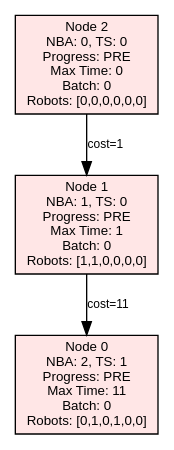
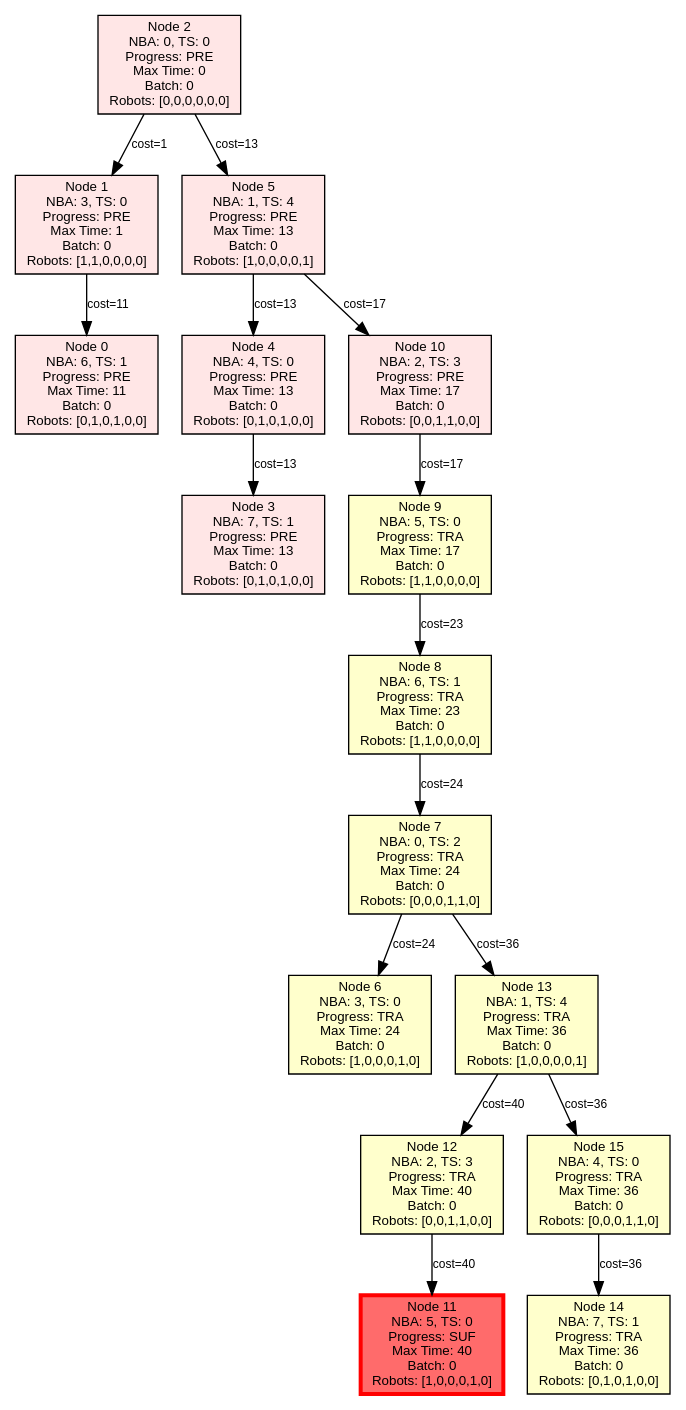
One commit to jrourke48/HMRTA_TS_GENERATION changed the diagram in Task Batch Planning Decision Tree/output/infinite_test_1_tree.dot. Above: the diagram before and after it, drawn with Graphviz. The commit also changed 39 other files, not shown here.

```diff
--- a/Task Batch Planning Decision Tree/output/infinite_test_1_tree.dot
+++ b/Task Batch Planning Decision Tree/output/infinite_test_1_tree.dot
@@ -1,12 +1,38 @@
 digraph PlanningTree {
   rankdir=TB;
   node [shape=box, style=filled, fontname=Arial, fontsize=10];
   edge [fontname=Arial, fontsize=9];
 
-  node_0 [label="Node 0\nNBA: 2, TS: 1\nProgress: PRE\nMax Time: 11\nBatch: 0\nRobots: [0,1,0,1,0,0]", fillcolor="#FFE6E6"];
-  node_1 [label="Node 1\nNBA: 1, TS: 0\nProgress: PRE\nMax Time: 1\nBatch: 0\nRobots: [1,1,0,0,0,0]", fillcolor="#FFE6E6"];
+  node_0 [label="Node 0\nNBA: 6, TS: 1\nProgress: PRE\nMax Time: 11\nBatch: 0\nRobots: [0,1,0,1,0,0]", fillcolor="#FFE6E6"];
+  node_1 [label="Node 1\nNBA: 3, TS: 0\nProgress: PRE\nMax Time: 1\nBatch: 0\nRobots: [1,1,0,0,0,0]", fillcolor="#FFE6E6"];
   node_2 [label="Node 2\nNBA: 0, TS: 0\nProgress: PRE\nMax Time: 0\nBatch: 0\nRobots: [0,0,0,0,0,0]", fillcolor="#FFE6E6"];
+  node_3 [label="Node 3\nNBA: 7, TS: 1\nProgress: PRE\nMax Time: 13\nBatch: 0\nRobots: [0,1,0,1,0,0]", fillcolor="#FFE6E6"];
+  node_4 [label="Node 4\nNBA: 4, TS: 0\nProgress: PRE\nMax Time: 13\nBatch: 0\nRobots: [0,1,0,1,0,0]", fillcolor="#FFE6E6"];
+  node_5 [label="Node 5\nNBA: 1, TS: 4\nProgress: PRE\nMax Time: 13\nBatch: 0\nRobots: [1,0,0,0,0,1]", fillcolor="#FFE6E6"];
+  node_6 [label="Node 6\nNBA: 3, TS: 0\nProgress: TRA\nMax Time: 24\nBatch: 0\nRobots: [1,0,0,0,1,0]", fillcolor="#FFFFCC"];
+  node_7 [label="Node 7\nNBA: 0, TS: 2\nProgress: TRA\nMax Time: 24\nBatch: 0\nRobots: [0,0,0,1,1,0]", fillcolor="#FFFFCC"];
+  node_8 [label="Node 8\nNBA: 6, TS: 1\nProgress: TRA\nMax Time: 23\nBatch: 0\nRobots: [1,1,0,0,0,0]", fillcolor="#FFFFCC"];
+  node_9 [label="Node 9\nNBA: 5, TS: 0\nProgress: TRA\nMax Time: 17\nBatch: 0\nRobots: [1,1,0,0,0,0]", fillcolor="#FFFFCC"];
+  node_10 [label="Node 10\nNBA: 2, TS: 3\nProgress: PRE\nMax Time: 17\nBatch: 0\nRobots: [0,0,1,1,0,0]", fillcolor="#FFE6E6"];
+  node_11 [label="Node 11\nNBA: 5, TS: 0\nProgress: SUF\nMax Time: 40\nBatch: 0\nRobots: [1,0,0,0,1,0]", fillcolor="#FF6B6B", penwidth=3, color=red];
+  node_12 [label="Node 12\nNBA: 2, TS: 3\nProgress: TRA\nMax Time: 40\nBatch: 0\nRobots: [0,0,1,1,0,0]", fillcolor="#FFFFCC"];
+  node_13 [label="Node 13\nNBA: 1, TS: 4\nProgress: TRA\nMax Time: 36\nBatch: 0\nRobots: [1,0,0,0,0,1]", fillcolor="#FFFFCC"];
+  node_14 [label="Node 14\nNBA: 7, TS: 1\nProgress: TRA\nMax Time: 36\nBatch: 0\nRobots: [0,1,0,1,0,0]", fillcolor="#FFFFCC"];
+  node_15 [label="Node 15\nNBA: 4, TS: 0\nProgress: TRA\nMax Time: 36\nBatch: 0\nRobots: [0,0,0,1,1,0]", fillcolor="#FFFFCC"];
 
   node_1 -> node_0 [label="cost=11"];
   node_2 -> node_1 [label="cost=1"];
+  node_2 -> node_5 [label="cost=13"];
+  node_4 -> node_3 [label="cost=13"];
+  node_5 -> node_4 [label="cost=13"];
+  node_5 -> node_10 [label="cost=17"];
+  node_7 -> node_6 [label="cost=24"];
+  node_7 -> node_13 [label="cost=36"];
+  node_8 -> node_7 [label="cost=24"];
+  node_9 -> node_8 [label="cost=23"];
+  node_10 -> node_9 [label="cost=17"];
+  node_12 -> node_11 [label="cost=40"];
+  node_13 -> node_12 [label="cost=40"];
+  node_13 -> node_15 [label="cost=36"];
+  node_15 -> node_14 [label="cost=36"];
 }
```
